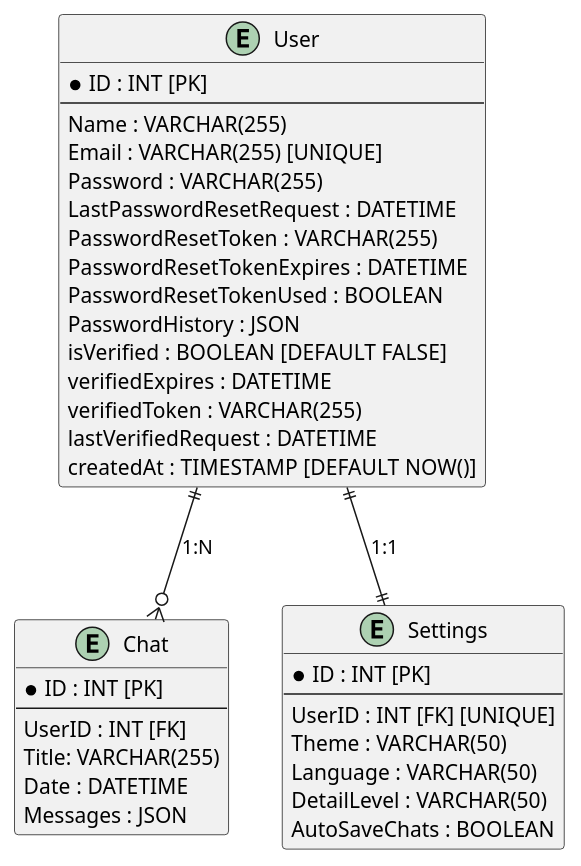
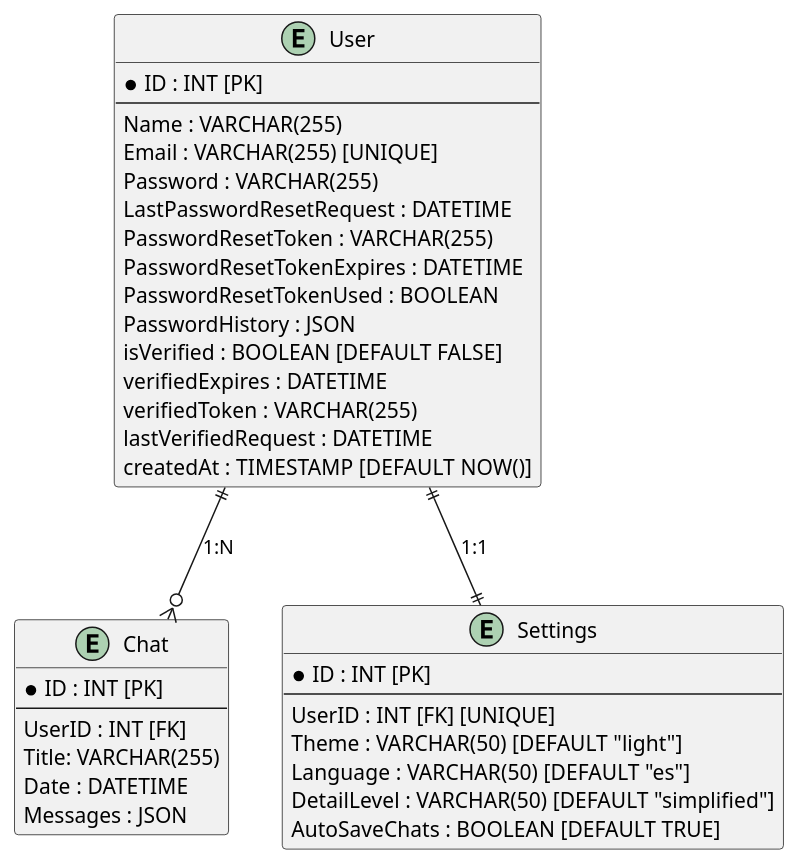
One commit to josepablo98/techie changed the diagram in relationship_model/relationship_diagram.puml. Above: the diagram before and after it, drawn with PlantUML. The commit also changed 4 other files, not shown here.

```diff
--- a/relationship_model/relationship_diagram.puml
+++ b/relationship_model/relationship_diagram.puml
@@ -1,41 +1,41 @@
 @startuml
 entity "User" as U {
     * ID : INT [PK]
     --
     Name : VARCHAR(255)
     Email : VARCHAR(255) [UNIQUE]
     Password : VARCHAR(255)
     LastPasswordResetRequest : DATETIME
     PasswordResetToken : VARCHAR(255)
     PasswordResetTokenExpires : DATETIME
     PasswordResetTokenUsed : BOOLEAN
     PasswordHistory : JSON
     isVerified : BOOLEAN [DEFAULT FALSE]
     verifiedExpires : DATETIME
     verifiedToken : VARCHAR(255)
     lastVerifiedRequest : DATETIME
     createdAt : TIMESTAMP [DEFAULT NOW()]
 }
 
 entity "Chat" as C {
     * ID : INT [PK]
     --
     UserID : INT [FK]
     Title: VARCHAR(255)
     Date : DATETIME
     Messages : JSON
 }
 
 entity "Settings" as S {
     * ID : INT [PK]
     --
     UserID : INT [FK] [UNIQUE]
-    Theme : VARCHAR(50)
-    Language : VARCHAR(50)
-    DetailLevel : VARCHAR(50)
-    AutoSaveChats : BOOLEAN
+    Theme : VARCHAR(50) [DEFAULT "light"]
+    Language : VARCHAR(50) [DEFAULT "es"]
+    DetailLevel : VARCHAR(50) [DEFAULT "simplified"]
+    AutoSaveChats : BOOLEAN [DEFAULT TRUE]
 }
 
 U ||--o{ C : "1:N"
 U ||--|| S : "1:1"
 @enduml
```
